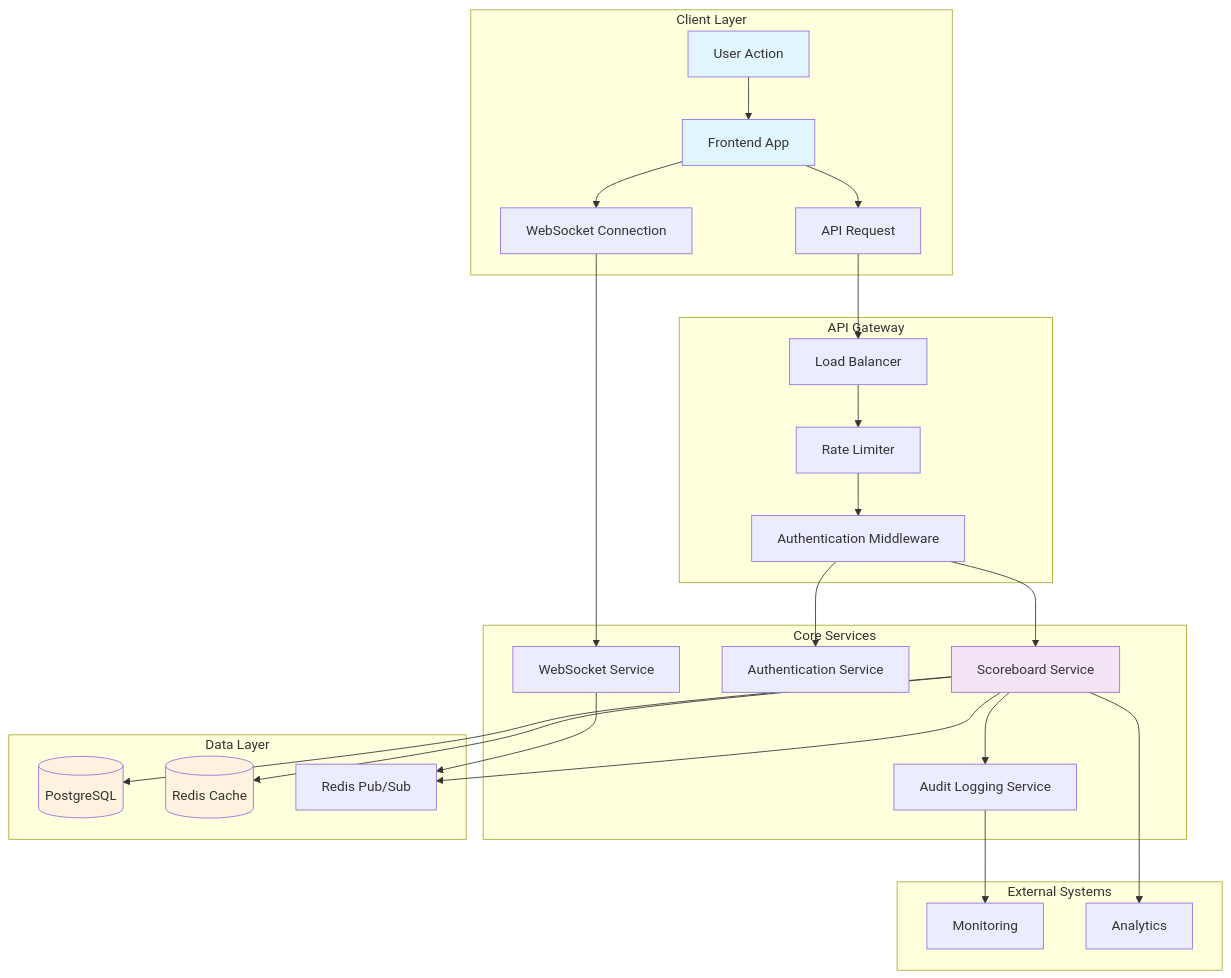
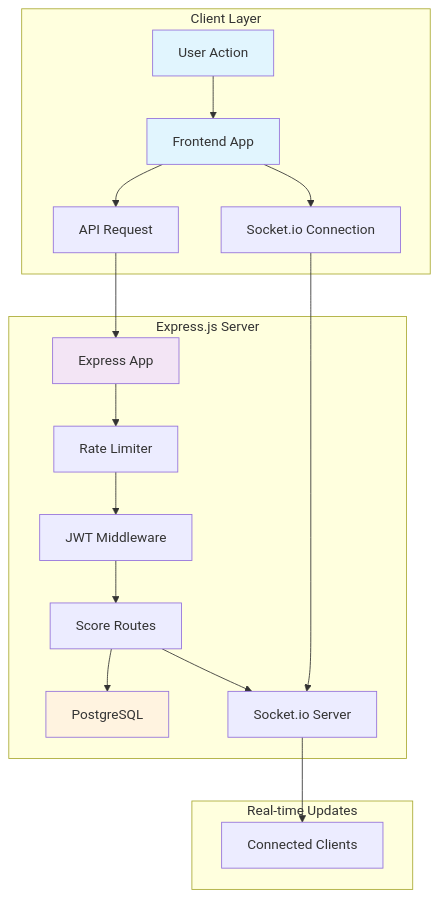
The first of 6 diagrams in src/problem6/execution-flow-diagrams.md (HTD2k1/code-challenge), drawn with Mermaid before and after one commit. The commit also changed other lines of this file and 2 other files, not shown here.

````diff
--- a/src/problem6/execution-flow-diagrams.md
+++ b/src/problem6/execution-flow-diagrams.md
@@ -5,49 +5,28 @@
 ```mermaid
 graph TB
     subgraph "Client Layer"
         A[User Action] --> B[Frontend App]
         B --> C[API Request]
-        B --> D[WebSocket Connection]
+        B --> D[Socket.io Connection]
     end
     
-    subgraph "API Gateway"
-        E[Load Balancer] --> F[Rate Limiter]
-        F --> G[Authentication Middleware]
+    subgraph "Express.js Server"
+        E[Express App] --> F[Rate Limiter]
+        F --> G[JWT Middleware]
+        G --> H[Score Routes]
+        H --> I[PostgreSQL]
+        H --> J[Socket.io Server]
     end
     
-    subgraph "Core Services"
-        H[Scoreboard Service]
-        I[Authentication Service]
-        J[WebSocket Service]
-        K[Audit Logging Service]
-    end
-    
-    subgraph "Data Layer"
-        L[(PostgreSQL)]
-        M[(Redis Cache)]
-        N[Redis Pub/Sub]
-    end
-    
-    subgraph "External Systems"
-        O[Monitoring]
-        P[Analytics]
+    subgraph "Real-time Updates"
+        J --> K[Connected Clients]
     end
     
     C --> E
     D --> J
-    G --> H
-    G --> I
-    H --> L
-    H --> M
-    H --> K
-    J --> N
-    H --> N
-    K --> O
-    H --> P
     
     style A fill:#e1f5fe
     style B fill:#e1f5fe
-    style H fill:#f3e5f5
-    style L fill:#fff3e0
-    style M fill:#fff3e0
+    style E fill:#f3e5f5
+    style I fill:#fff3e0
 ```
````
